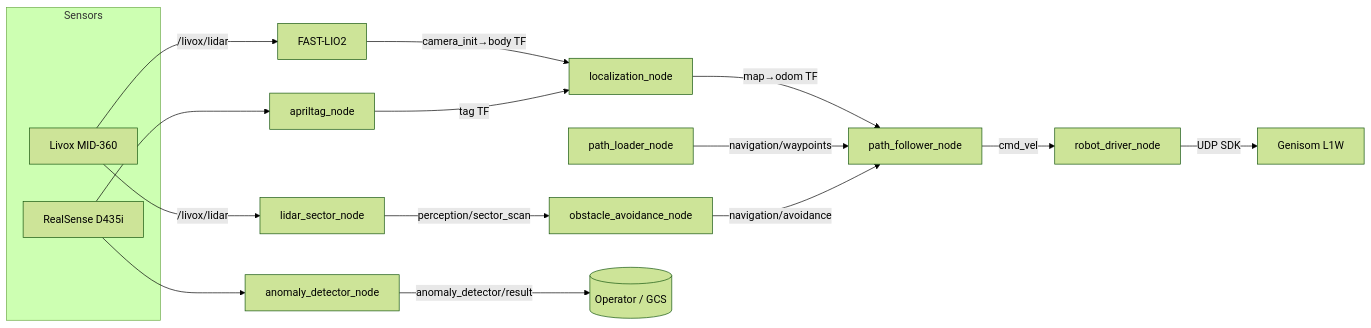
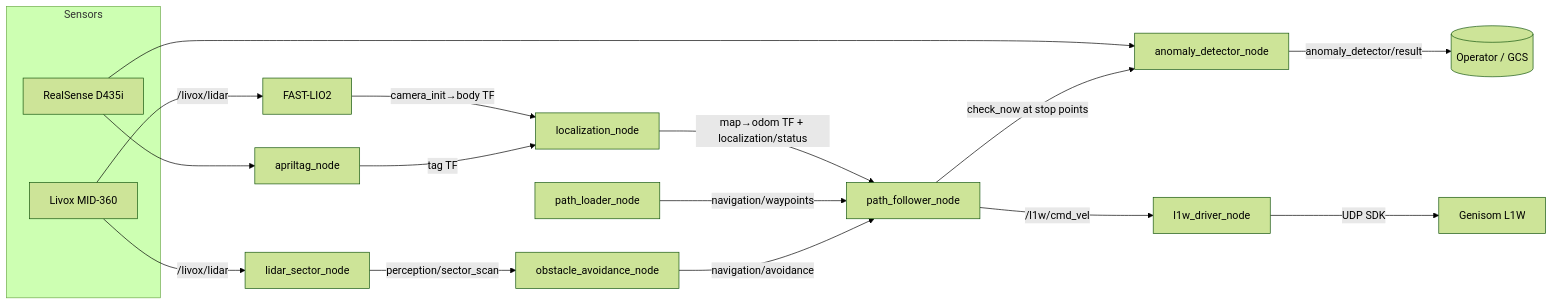
The diagram in README.md (DarmawanRobotics/Pashupati), drawn with Mermaid (forest theme) before and after one commit. The commit also changed other lines of this file and 1 other file, not shown here.

````diff
--- a/README.md
+++ b/README.md
@@ -48,24 +49,25 @@
 ```mermaid
 flowchart LR
     subgraph Sensors
         L[Livox MID-360]
         C[RealSense D435i]
     end
 
     L -->|/livox/lidar| FL[FAST-LIO2]
     L -->|/livox/lidar| LS[lidar_sector_node]
     C --> AT[apriltag_node]
     C --> AD[anomaly_detector_node]
 
     FL -->|camera_init→body TF| LOC[localization_node]
     AT -->|tag TF| LOC
-    LOC -->|map→odom TF| PF
+    LOC -->|map→odom TF + localization/status| PF
 
     PL[path_loader_node] -->|navigation/waypoints| PF[path_follower_node]
     LS -->|perception/sector_scan| OA[obstacle_avoidance_node]
     OA -->|navigation/avoidance| PF
-    PF -->|cmd_vel| DRV[robot_driver_node]
+    PF -->|check_now at stop points| AD
+    PF -->|/l1w/cmd_vel| DRV[l1w_driver_node]
     DRV -->|UDP SDK| ROBOT[Genisom L1W]
 
     AD -->|anomaly_detector/result| OUT[(Operator / GCS)]
 ```
````
